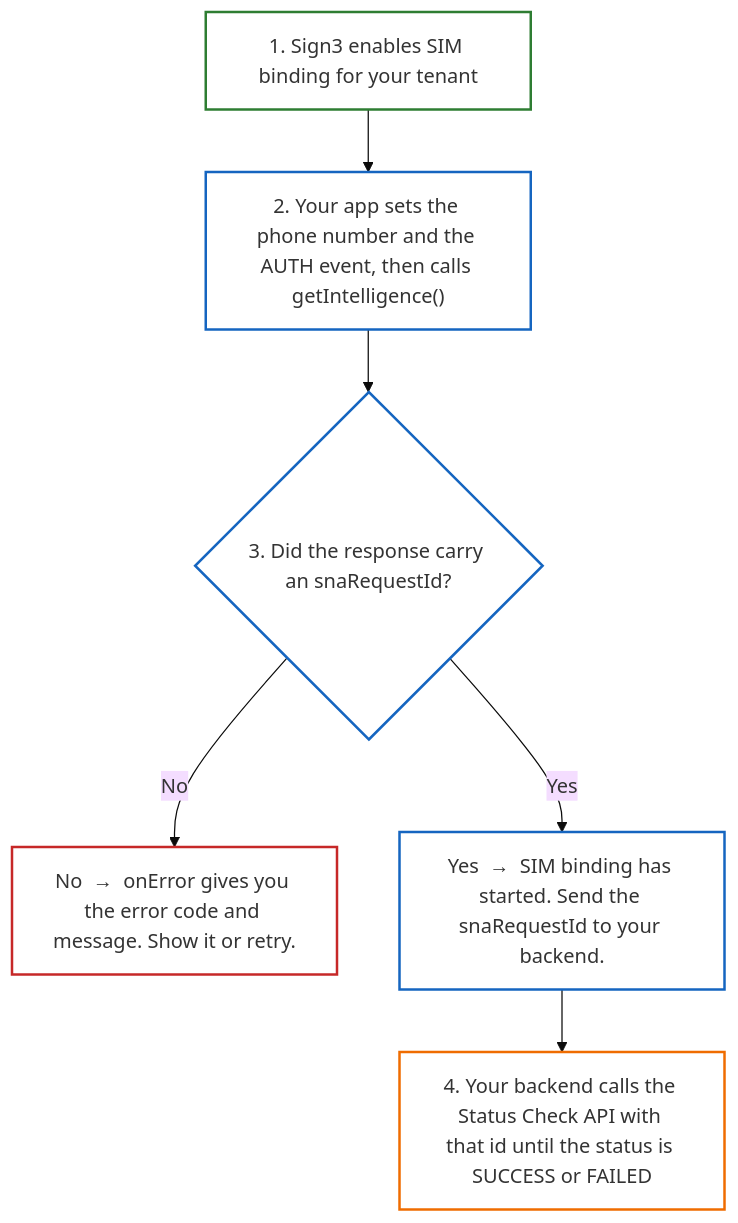
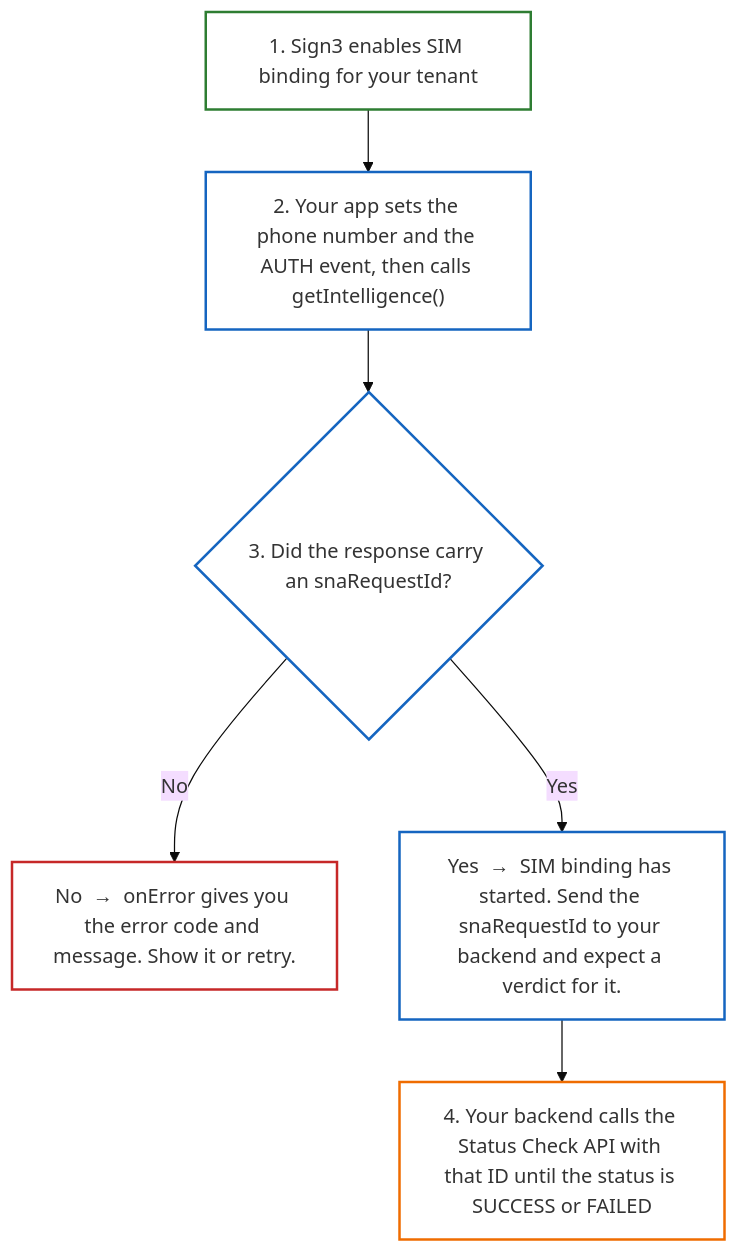
The diagram in README.md (Sign3labs/simbinding-ios-sdk-swift-package), drawn with Mermaid (base theme) before and after one commit. The commit also changed other lines of this file, not shown here.

````diff
--- a/README.md
+++ b/README.md
@@ -711,20 +695,20 @@
 ```mermaid
 flowchart TD
     A["1. Sign3 enables SIM binding for your tenant"]
     B["2. Your app sets the phone number and the AUTH event, then calls getIntelligence()"]
     C{"3. Did the response carry an snaRequestId?"}
     NO["No &nbsp;→&nbsp; onError gives you the error code and message. Show it or retry."]
-    YES["Yes &nbsp;→&nbsp; SIM binding has started. Send the snaRequestId to your backend."]
-    D["4. Your backend calls the Status Check API with that id until the status is SUCCESS or FAILED"]
+    YES["Yes &nbsp;→&nbsp; SIM binding has started. Send the snaRequestId to your backend and expect a verdict for it."]
+    D["4. Your backend calls the Status Check API with that ID until the status is SUCCESS or FAILED"]
 
     A --> B --> C
     C -- No --> NO
     C -- Yes --> YES --> D
 
     style A fill:none,stroke:#2e7d32,stroke-width:2px
     style B fill:none,stroke:#1565c0,stroke-width:2px
     style C fill:none,stroke:#1565c0,stroke-width:2px
     style NO fill:none,stroke:#c62828,stroke-width:2px
     style YES fill:none,stroke:#1565c0,stroke-width:2px
     style D fill:none,stroke:#ef6c00,stroke-width:2px
 ```
````
